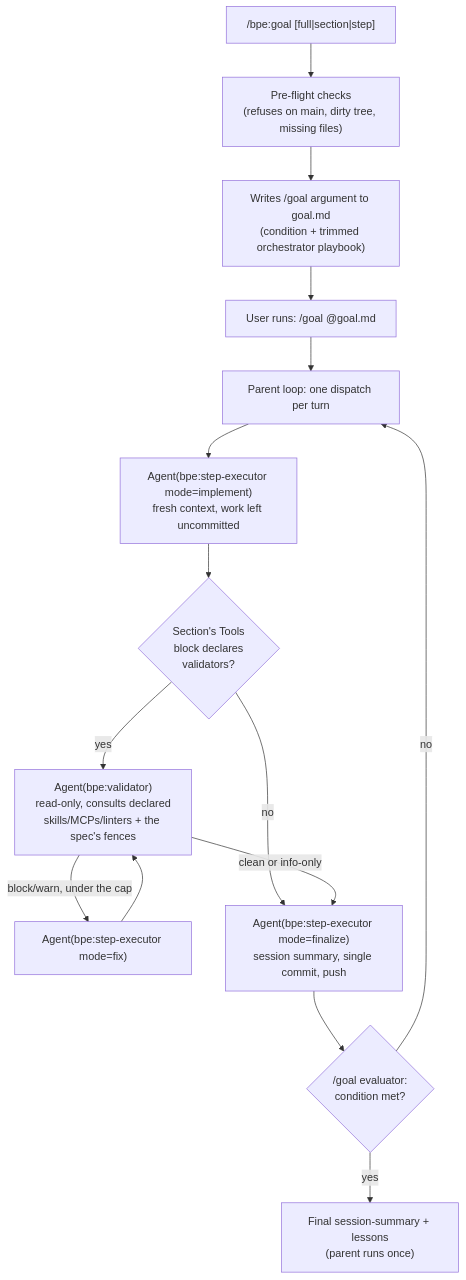
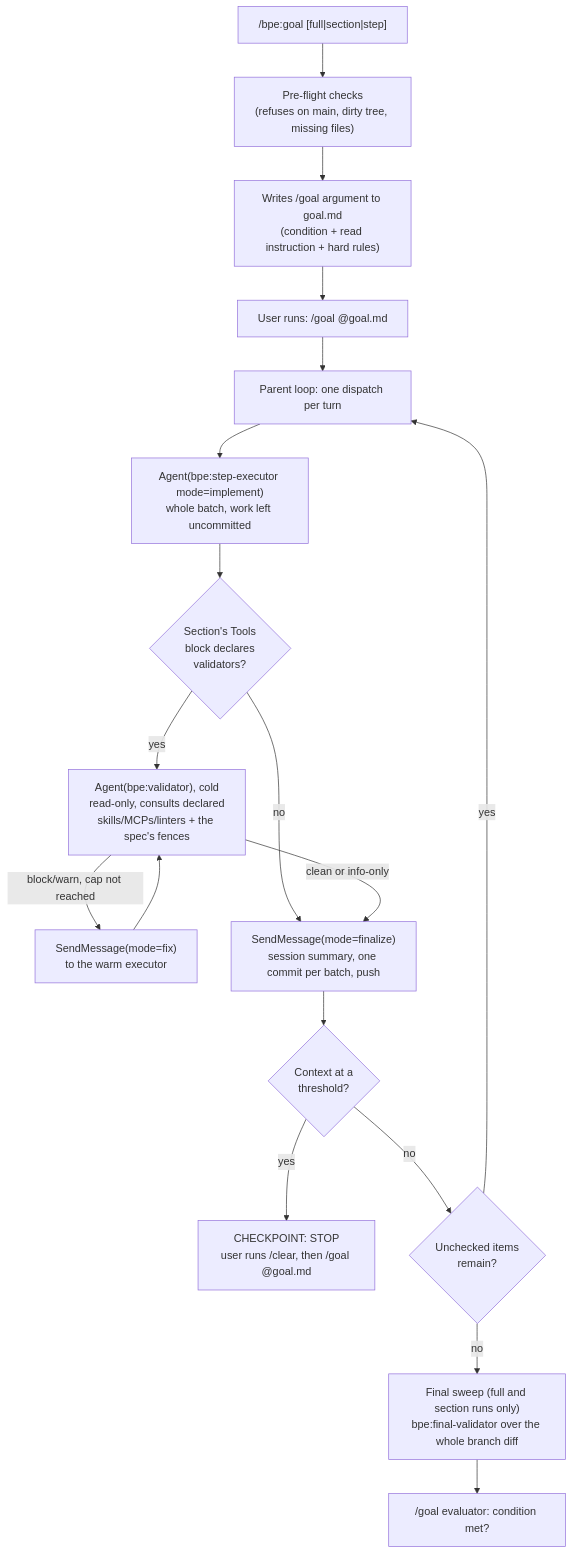
Before and after one commit to MasonEgger/bpe-claude-code-plugin: the diagram in bpe/README.md, drawn with Mermaid. The commit also changed other lines of this file and 2 other files, not shown here.

First line of the commit message:
Apply final sweep fixes

````diff
--- a/bpe/README.md
+++ b/bpe/README.md
@@ -103,17 +108,20 @@
 ```mermaid
 flowchart TD
     A["/bpe:goal [full|section|step]"] --> B["Pre-flight checks<br/>(refuses on main, dirty tree, missing files)"]
-    B --> C["Writes /goal argument to goal.md<br/>(condition + trimmed orchestrator playbook)"]
+    B --> C["Writes /goal argument to goal.md<br/>(condition + read instruction + hard rules)"]
     C --> D["User runs: /goal @goal.md"]
     D --> E["Parent loop: one dispatch per turn"]
-    E --> F["Agent(bpe:step-executor mode=implement)<br/>fresh context, work left uncommitted"]
+    E --> F["Agent(bpe:step-executor mode=implement)<br/>whole batch, work left uncommitted"]
     F --> G{"Section's Tools<br/>block declares<br/>validators?"}
-    G -->|yes| H["Agent(bpe:validator)<br/>read-only, consults declared<br/>skills/MCPs/linters + the spec's fences"]
-    H -->|"block/warn, under the cap"| I["Agent(bpe:step-executor mode=fix)"]
+    G -->|yes| H["Agent(bpe:validator), cold<br/>read-only, consults declared<br/>skills/MCPs/linters + the spec's fences"]
+    H -->|"block/warn, cap not reached"| I["SendMessage(mode=fix)<br/>to the warm executor"]
     I --> H
-    G -->|no| J["Agent(bpe:step-executor mode=finalize)<br/>session summary, single commit, push"]
+    G -->|no| J["SendMessage(mode=finalize)<br/>session summary, one commit per batch, push"]
     H -->|"clean or info-only"| J
-    J --> K{"/goal evaluator:<br/>condition met?"}
-    K -->|no| E
-    K -->|yes| L["Final session-summary + lessons<br/>(parent runs once)"]
+    J --> M{"Context at a<br/>threshold?"}
+    M -->|"yes"| N["CHECKPOINT: STOP<br/>user runs /clear, then /goal @goal.md"]
+    M -->|"no"| K{"Unchecked items<br/>remain?"}
+    K -->|yes| E
+    K -->|no| L["Final sweep (full and section runs only)<br/>bpe:final-validator over the whole branch diff"]
+    L --> Z["/goal evaluator: condition met?"]
 ```
````
